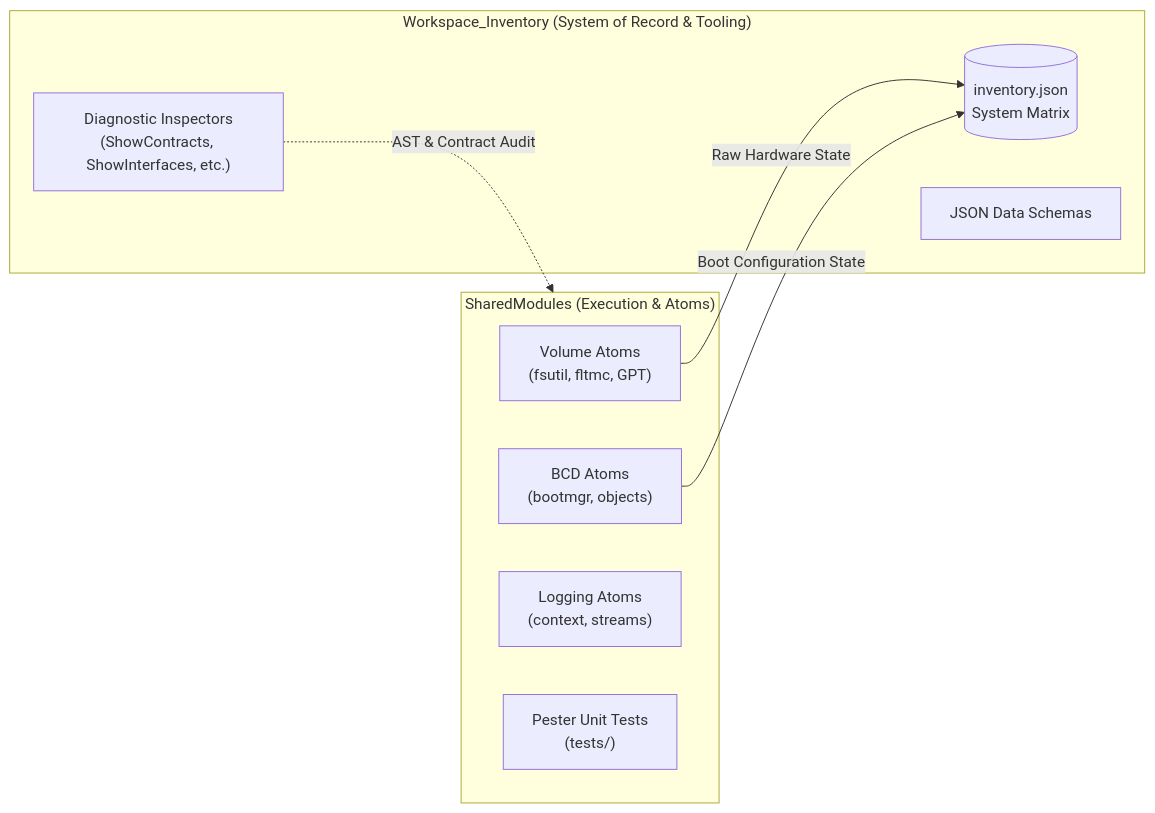
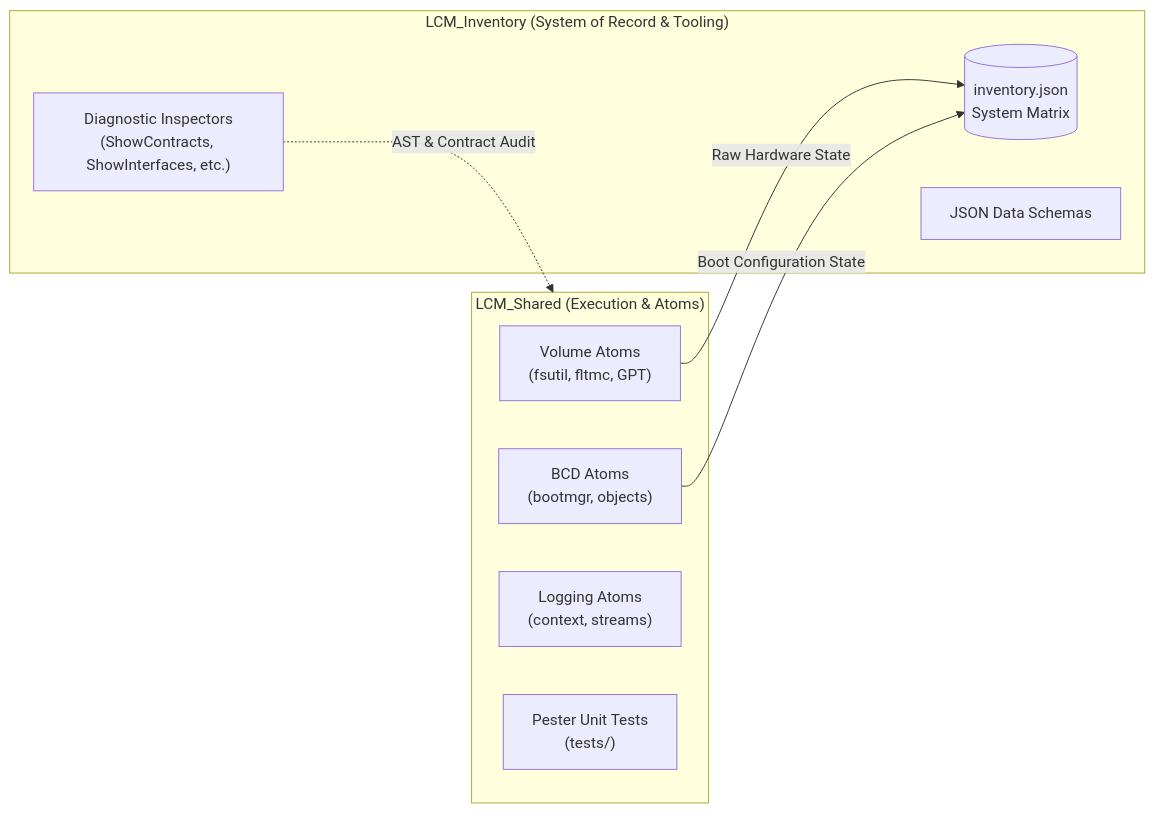
Before and after one commit to rgbigel/LCM_Shared: the diagram in docs/Architecture.md, drawn with Mermaid. The commit also changed other lines of this file and 23 other files, not shown here.

First line of the commit message:
chore(lcm): snapshot new workspace structure

````diff
--- a/docs/Architecture.md
+++ b/docs/Architecture.md
@@ -30,19 +30,19 @@
 ```mermaid
 graph LR
-    subgraph SharedModules_Repo["SharedModules (Execution & Atoms)"]
+    subgraph LCM_Shared_Repo["LCM_Shared (Execution & Atoms)"]
         SM_VOL["Volume Atoms<br/>(fsutil, fltmc, GPT)"]
         SM_BCD["BCD Atoms<br/>(bootmgr, objects)"]
         SM_LOG["Logging Atoms<br/>(context, streams)"]
         SM_TEST["Pester Unit Tests<br/>(tests/)"]
     end
 
-    subgraph Workspace_Inventory_Repo["Workspace_Inventory (System of Record & Tooling)"]
+    subgraph LCM_Inventory_Repo["LCM_Inventory (System of Record & Tooling)"]
         INV_DATA[("inventory.json<br/>System Matrix")]
         INV_TOOLS["Diagnostic Inspectors<br/>(ShowContracts, ShowInterfaces, etc.)"]
         INV_SCHEMAS["JSON Data Schemas"]
     end
 
     SM_VOL -->|Raw Hardware State| INV_DATA
     SM_BCD -->|Boot Configuration State| INV_DATA
-    INV_TOOLS -.->|AST & Contract Audit| SharedModules_Repo
+    INV_TOOLS -.->|AST & Contract Audit| LCM_Shared_Repo
 ```
````
